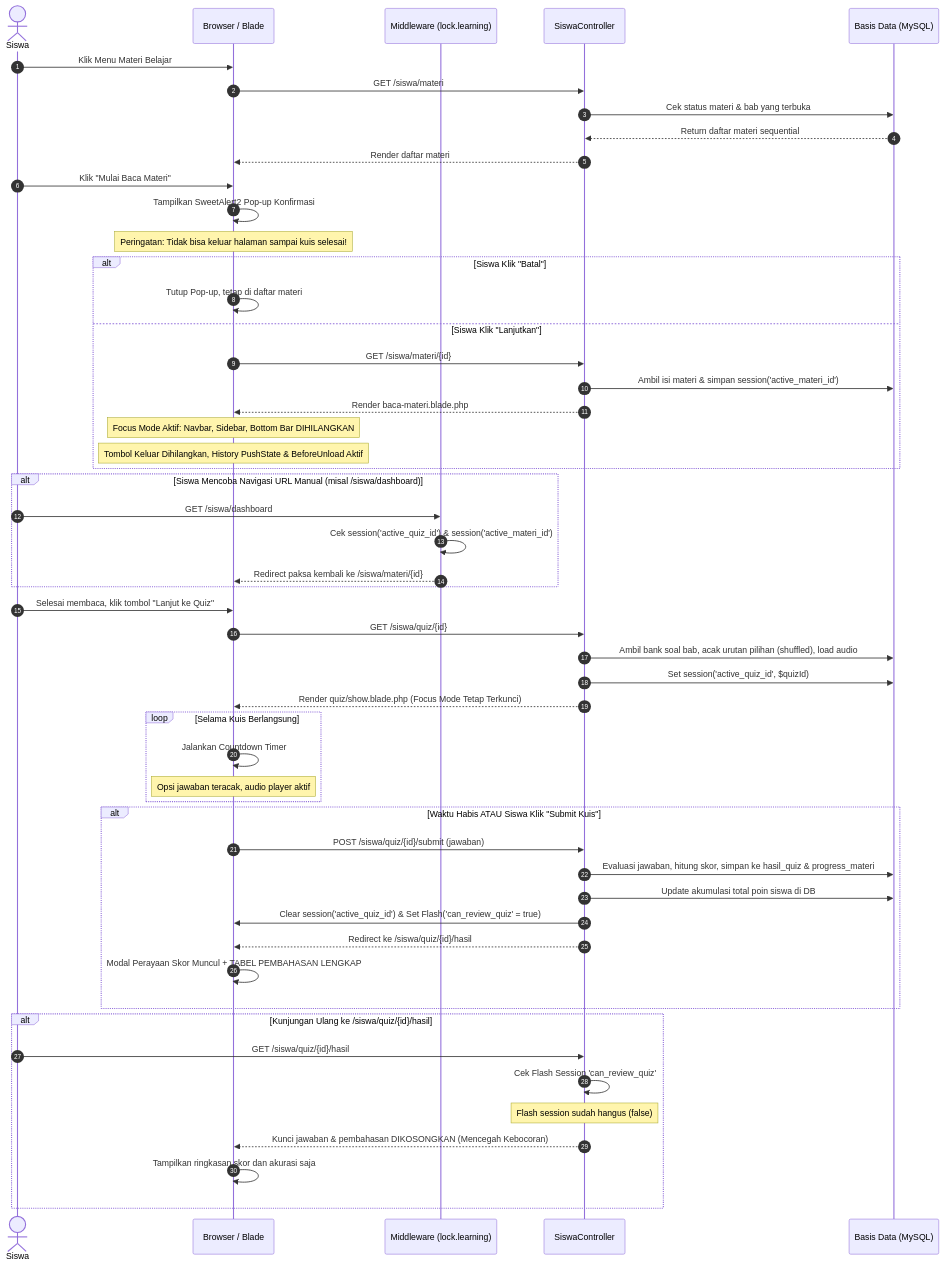
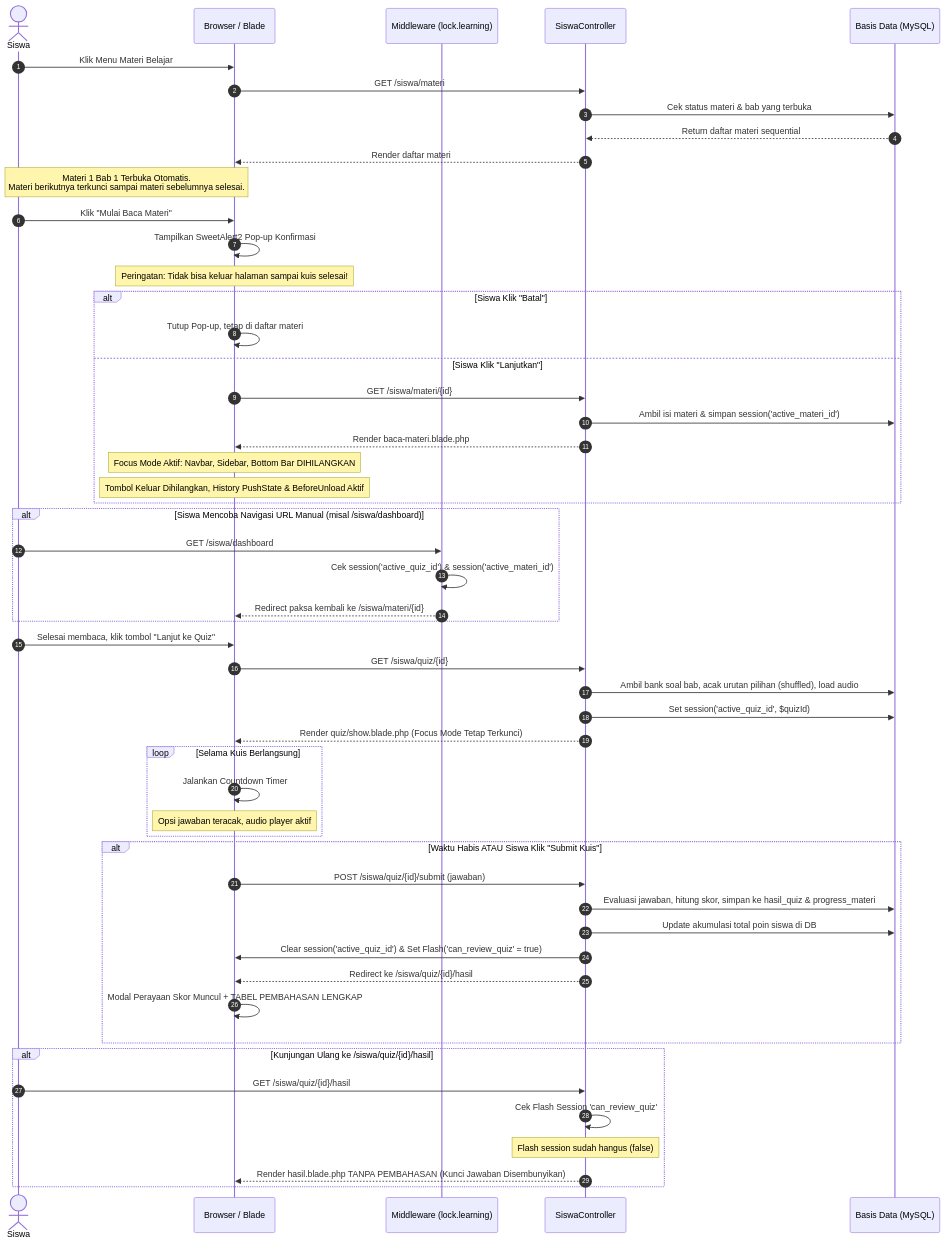
Before and after one commit to trespage/englify-lunarway: the second of 3 diagrams in docs/PRD_ENGLIFY.md, drawn with Mermaid. The commit also changed other lines of this file and 74 other files, not shown here.

````diff
--- a/docs/PRD_ENGLIFY.md
+++ b/docs/PRD_ENGLIFY.md
@@ -184,63 +135,64 @@
 ```mermaid
 sequenceDiagram
     autonumber
     actor Siswa
     participant Frontend as Browser / Blade
     participant Middleware as Middleware (lock.learning)
     participant SiswaCtrl as SiswaController
     participant DB as Basis Data (MySQL)
 
     Siswa->>Frontend: Klik Menu Materi Belajar
     Frontend->>SiswaCtrl: GET /siswa/materi
     SiswaCtrl->>DB: Cek status materi & bab yang terbuka
     DB-->>SiswaCtrl: Return daftar materi sequential
     SiswaCtrl-->>Frontend: Render daftar materi
+    
+    Note over Siswa, Frontend: Materi 1 Bab 1 Terbuka Otomatis.<br>Materi berikutnya terkunci sampai materi sebelumnya selesai.
 
     Siswa->>Frontend: Klik "Mulai Baca Materi"
     Frontend->>Frontend: Tampilkan SweetAlert2 Pop-up Konfirmasi
     Note over Frontend: Peringatan: Tidak bisa keluar halaman sampai kuis selesai!
     
     alt Siswa Klik "Batal"
         Frontend->>Frontend: Tutup Pop-up, tetap di daftar materi
     else Siswa Klik "Lanjutkan"
         Frontend->>SiswaCtrl: GET /siswa/materi/{id}
         SiswaCtrl->>DB: Ambil isi materi & simpan session('active_materi_id')
         SiswaCtrl-->>Frontend: Render baca-materi.blade.php
         Note over Frontend: Focus Mode Aktif: Navbar, Sidebar, Bottom Bar DIHILANGKAN
         Note over Frontend: Tombol Keluar Dihilangkan, History PushState & BeforeUnload Aktif
     end
 
     alt Siswa Mencoba Navigasi URL Manual (misal /siswa/dashboard)
         Siswa->>Middleware: GET /siswa/dashboard
         Middleware->>Middleware: Cek session('active_quiz_id') & session('active_materi_id')
         Middleware-->>Frontend: Redirect paksa kembali ke /siswa/materi/{id}
     end
 
     Siswa->>Frontend: Selesai membaca, klik tombol "Lanjut ke Quiz"
     Frontend->>SiswaCtrl: GET /siswa/quiz/{id}
     SiswaCtrl->>DB: Ambil bank soal bab, acak urutan pilihan (shuffled), load audio
     SiswaCtrl->>DB: Set session('active_quiz_id', $quizId)
     SiswaCtrl-->>Frontend: Render quiz/show.blade.php (Focus Mode Tetap Terkunci)
 
     loop Selama Kuis Berlangsung
         Frontend->>Frontend: Jalankan Countdown Timer
         Note over Frontend: Opsi jawaban teracak, audio player aktif
     end
 
     alt Waktu Habis ATAU Siswa Klik "Submit Kuis"
         Frontend->>SiswaCtrl: POST /siswa/quiz/{id}/submit (jawaban)
         SiswaCtrl->>DB: Evaluasi jawaban, hitung skor, simpan ke hasil_quiz & progress_materi
         SiswaCtrl->>DB: Update akumulasi total poin siswa di DB
         SiswaCtrl->>Frontend: Clear session('active_quiz_id') & Set Flash('can_review_quiz' = true)
         SiswaCtrl-->>Frontend: Redirect ke /siswa/quiz/{id}/hasil
         Frontend->>Frontend: Modal Perayaan Skor Muncul + TABEL PEMBAHASAN LENGKAP
     end
 
     alt Kunjungan Ulang ke /siswa/quiz/{id}/hasil
         Siswa->>SiswaCtrl: GET /siswa/quiz/{id}/hasil
         SiswaCtrl->>SiswaCtrl: Cek Flash Session 'can_review_quiz'
         Note over SiswaCtrl: Flash session sudah hangus (false)
-        SiswaCtrl-->>Frontend: Kunci jawaban & pembahasan DIKOSONGKAN (Mencegah Kebocoran)
-        Frontend->>Frontend: Tampilkan ringkasan skor dan akurasi saja
+        SiswaCtrl-->>Frontend: Render hasil.blade.php TANPA PEMBAHASAN (Kunci Jawaban Disembunyikan)
     end
 ```
````
